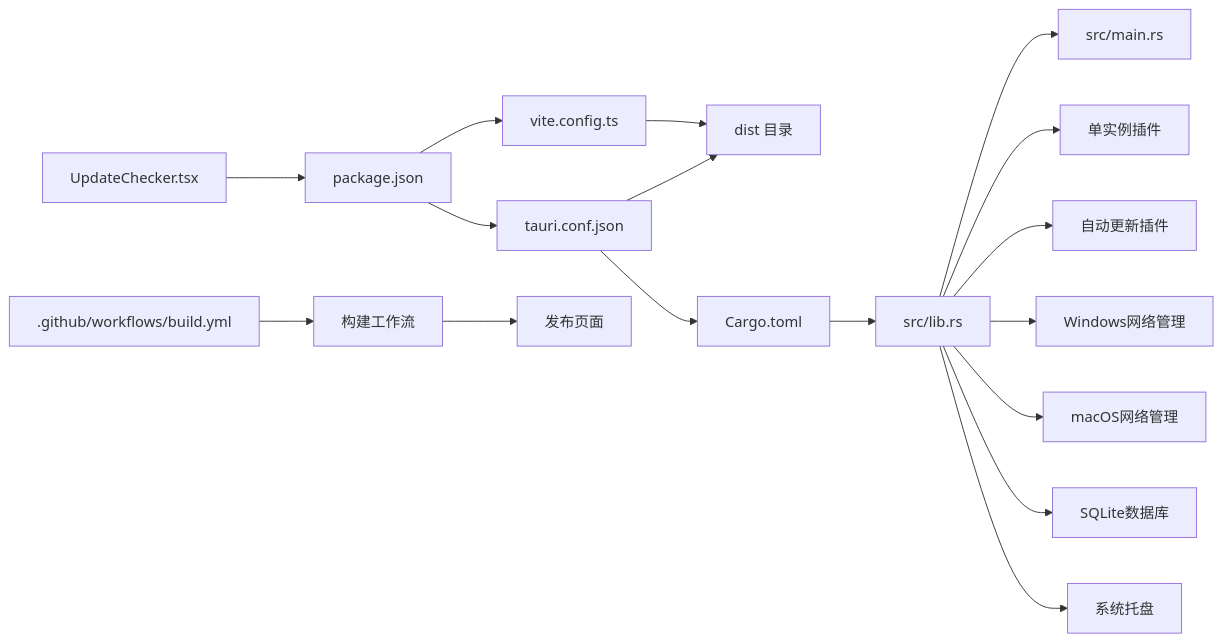
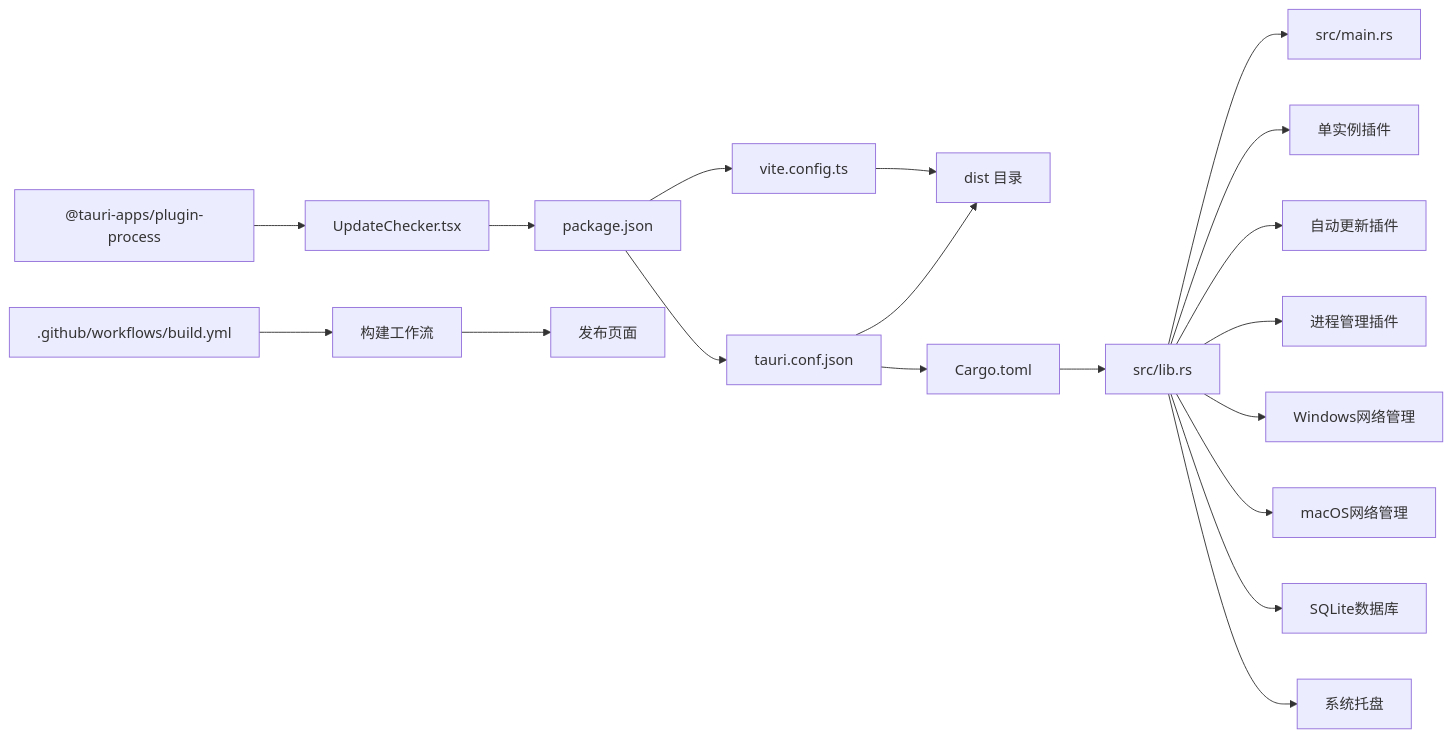
The third of 3 diagrams in .qoder/repowiki/zh/content/部署指南.md (xdongliang/IPSwitcher), drawn with Mermaid before and after one commit. The commit also changed other lines of this file and 3 other files, not shown here.

````diff
--- a/.qoder/repowiki/zh/content/部署指南.md
+++ b/.qoder/repowiki/zh/content/部署指南.md
@@ -309,19 +336,21 @@
 ```mermaid
 graph LR
 Pkg["package.json"] --> ViteCfg["vite.config.ts"]
 Pkg --> TauriConf["tauri.conf.json"]
 ViteCfg --> Dist["dist 目录"]
 TauriConf --> Dist
 TauriConf --> CargoToml["Cargo.toml"]
 CargoToml --> LibRs["src/lib.rs"]
 LibRs --> MainRs["src/main.rs"]
 LibRs --> SingleInstance["单实例插件"]
 LibRs --> Updater["自动更新插件"]
+LibRs --> ProcessMgr["进程管理插件"]
 LibRs --> WindowsNet["Windows网络管理"]
 LibRs --> MacOSNet["macOS网络管理"]
 LibRs --> SQLiteDB["SQLite数据库"]
 LibRs --> TrayIcon["系统托盘"]
 Actions[".github/workflows/build.yml"] --> Workflow["构建工作流"]
 Workflow --> Release["发布页面"]
 UpdateChecker["UpdateChecker.tsx"] --> Pkg
+ProcessPlugin["@tauri-apps/plugin-process"] --> UpdateChecker
 ```
````
